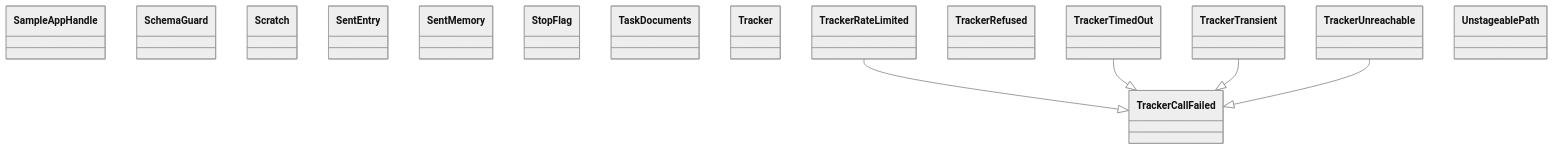
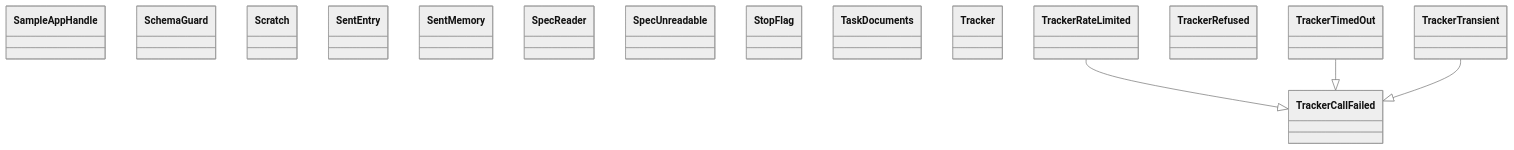
The diagram in docs/architecture/generated/classes-process-application-support-5.md (GonzaloZevallos/agentic-system), drawn with Mermaid (neutral theme) before and after one commit. The commit also changed other lines of this file and 11 other files, not shown here.

First line of the commit message:
Add the SpecReader port and a hardened git adapter that reads a spec from a commit

````diff
--- a/docs/architecture/generated/classes-process-application-support-5.md
+++ b/docs/architecture/generated/classes-process-application-support-5.md
@@ -18,22 +18,21 @@
 ```mermaid
 classDiagram
     class ports__SampleAppHandle["SampleAppHandle"]
     class ports__SchemaGuard["SchemaGuard"]
     class ports__Scratch["Scratch"]
     class ports__SentEntry["SentEntry"]
     class ports__SentMemory["SentMemory"]
+    class ports__SpecReader["SpecReader"]
+    class ports__SpecUnreadable["SpecUnreadable"]
     class ports__StopFlag["StopFlag"]
     class ports__TaskDocuments["TaskDocuments"]
     class ports__Tracker["Tracker"]
     class ports__TrackerCallFailed["TrackerCallFailed"]
     class ports__TrackerRateLimited["TrackerRateLimited"]
     class ports__TrackerRefused["TrackerRefused"]
     class ports__TrackerTimedOut["TrackerTimedOut"]
     class ports__TrackerTransient["TrackerTransient"]
-    class ports__TrackerUnreachable["TrackerUnreachable"]
-    class ports__UnstageablePath["UnstageablePath"]
     ports__TrackerRateLimited --|> ports__TrackerCallFailed
     ports__TrackerTimedOut --|> ports__TrackerCallFailed
     ports__TrackerTransient --|> ports__TrackerCallFailed
-    ports__TrackerUnreachable --|> ports__TrackerCallFailed
 ```
````
